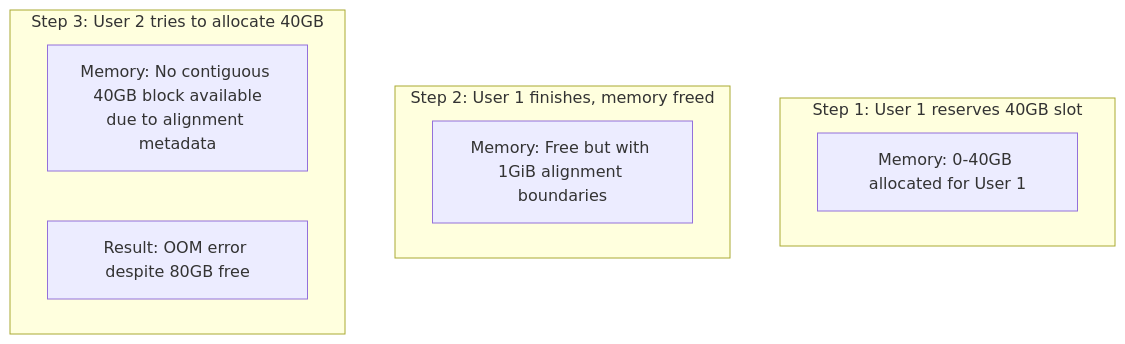
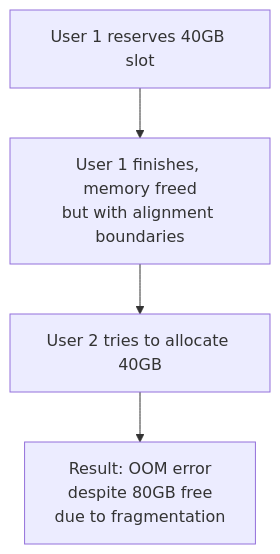
One commit to Shahriarin2garden/vllm_from_scratch changed diagram 22 of 37 in lab0.2/README.md. Above: the diagram before and after it, drawn with Mermaid. The commit also changed other lines of this file, not shown here.

Commit message:
Refactor diagrams in README.md for improved clarity and consistency

````diff
--- a/lab0.2/README.md
+++ b/lab0.2/README.md
@@ -767,15 +671,6 @@
 ```mermaid
 graph TD
-    subgraph Step1[Step 1: User 1 reserves 40GB slot]
-        M1[Memory: 0-40GB allocated for User 1]
-    end
-
-    subgraph Step2[Step 2: User 1 finishes, memory freed]
-        M2[Memory: Free but with 1GiB alignment boundaries]
-    end
-
-    subgraph Step3[Step 3: User 2 tries to allocate 40GB]
-        M3[Memory: No contiguous 40GB block available<br/>due to alignment metadata]
-        Result[Result: OOM error despite 80GB free]
-    end
+    Step1["User 1 reserves 40GB slot"] --> Step2["User 1 finishes, memory freed<br/>but with alignment boundaries"]
+    Step2 --> Step3["User 2 tries to allocate 40GB"]
+    Step3 --> Result["Result: OOM error<br/>despite 80GB free<br/>due to fragmentation"]
 ```
````
